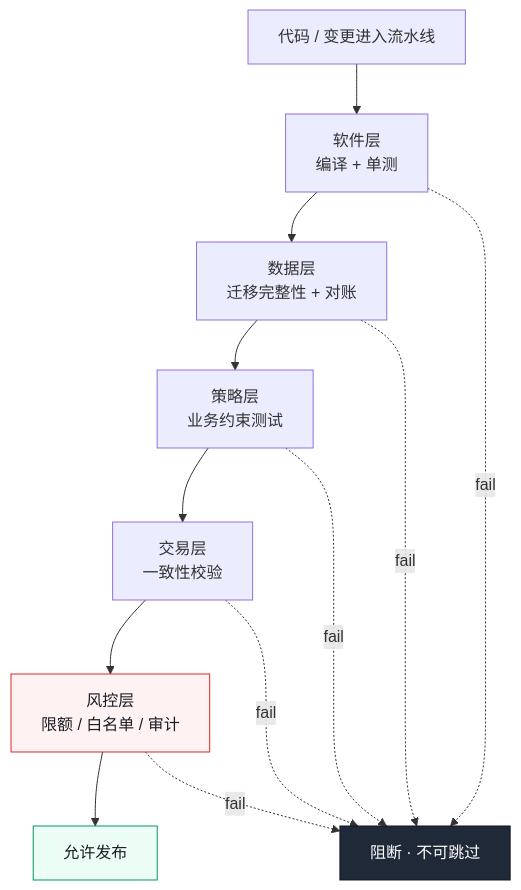
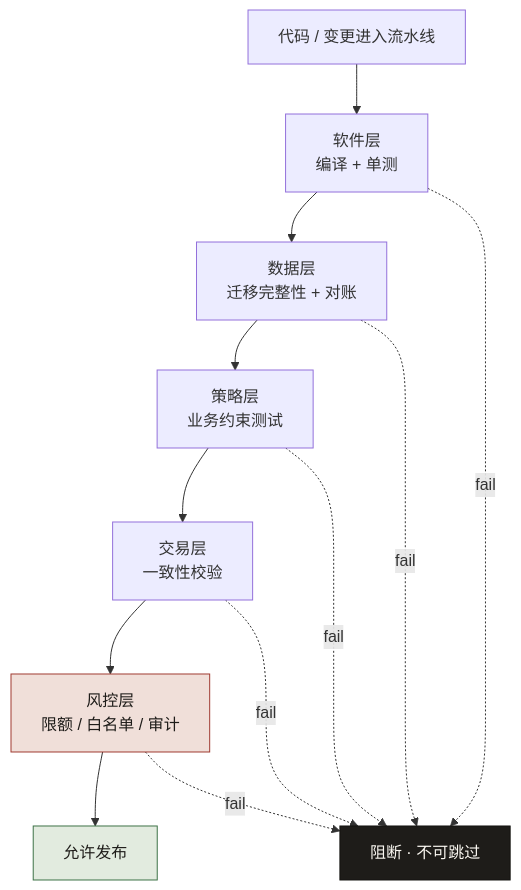
One commit to funny8kids/AI_Native_Software_Engineering changed the first of 3 diagrams in docs/manuscript/ch24-第19章-五层门禁.md. Above: the diagram before and after it, drawn with Mermaid. The commit also changed other lines of this file and 81 other files, not shown here.

````diff
--- a/docs/manuscript/ch24-第19章-五层门禁.md
+++ b/docs/manuscript/ch24-第19章-五层门禁.md
@@ -34,17 +39,17 @@
 ```mermaid
 flowchart TB
   PR[代码 / 变更进入流水线] --> G1[软件层<br/>编译 + 单测]
   G1 --> G2[数据层<br/>迁移完整性 + 对账]
   G2 --> G3[策略层<br/>业务约束测试]
   G3 --> G4[交易层<br/>一致性校验]
   G4 --> G5[风控层<br/>限额 / 白名单 / 审计]
   G5 --> OK[允许发布]
   G1 -.->|fail| BLK[阻断 · 不可跳过]
   G2 -.->|fail| BLK
   G3 -.->|fail| BLK
   G4 -.->|fail| BLK
   G5 -.->|fail| BLK
-  style G5 fill:#fef2f2,stroke:#dc2626,color:#1a1d23
-  style OK fill:#ecfdf5,stroke:#059669,color:#1a1d23
-  style BLK fill:#1f2937,stroke:#111827,color:#fff
+  style G5 fill:#f0dfd9,stroke:#a03b31,color:#1e1c19
+  style OK fill:#e2ebdf,stroke:#3e7247,color:#1e1c19
+  style BLK fill:#1e1c19,stroke:#141310,color:#fbf8f2
 ```
````
